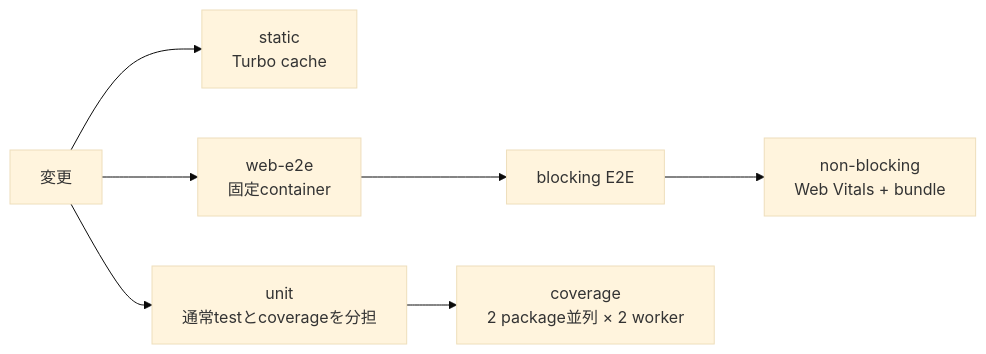
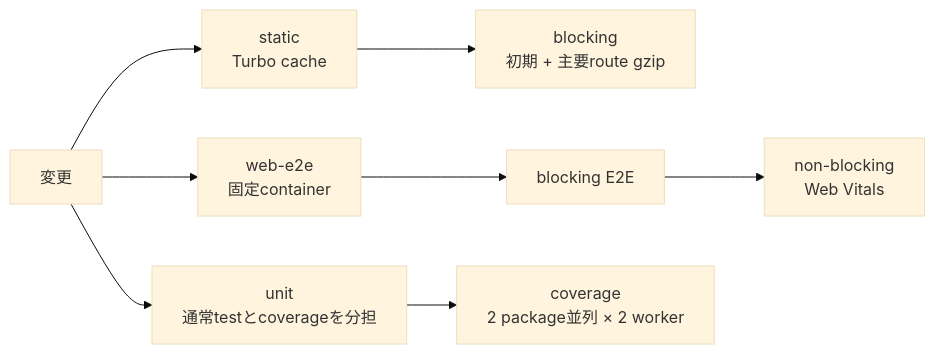
Before and after one commit to r4ai/news-podcast: the second of 2 diagrams in docs/ci.md, drawn with Mermaid (base theme). The commit also changed other lines of this file and 8 other files, not shown here.

Commit message:
ci(web): enforce deterministic bundle budgets (#69)

````diff
--- a/docs/ci.md
+++ b/docs/ci.md
@@ -42,9 +43,10 @@
 ```mermaid
 flowchart LR
   CHANGE[変更] --> STATIC[static<br/>Turbo cache]
   CHANGE --> UNIT[unit<br/>通常testとcoverageを分担]
   CHANGE --> WEB[web-e2e<br/>固定container]
+  STATIC --> BUNDLE[blocking<br/>初期 + 主要route gzip]
   WEB --> E2E[blocking E2E]
-  E2E --> PERF[non-blocking<br/>Web Vitals + bundle]
+  E2E --> PERF[non-blocking<br/>Web Vitals]
   UNIT --> SHARD[coverage<br/>2 package並列 × 2 worker]
 ```
````
